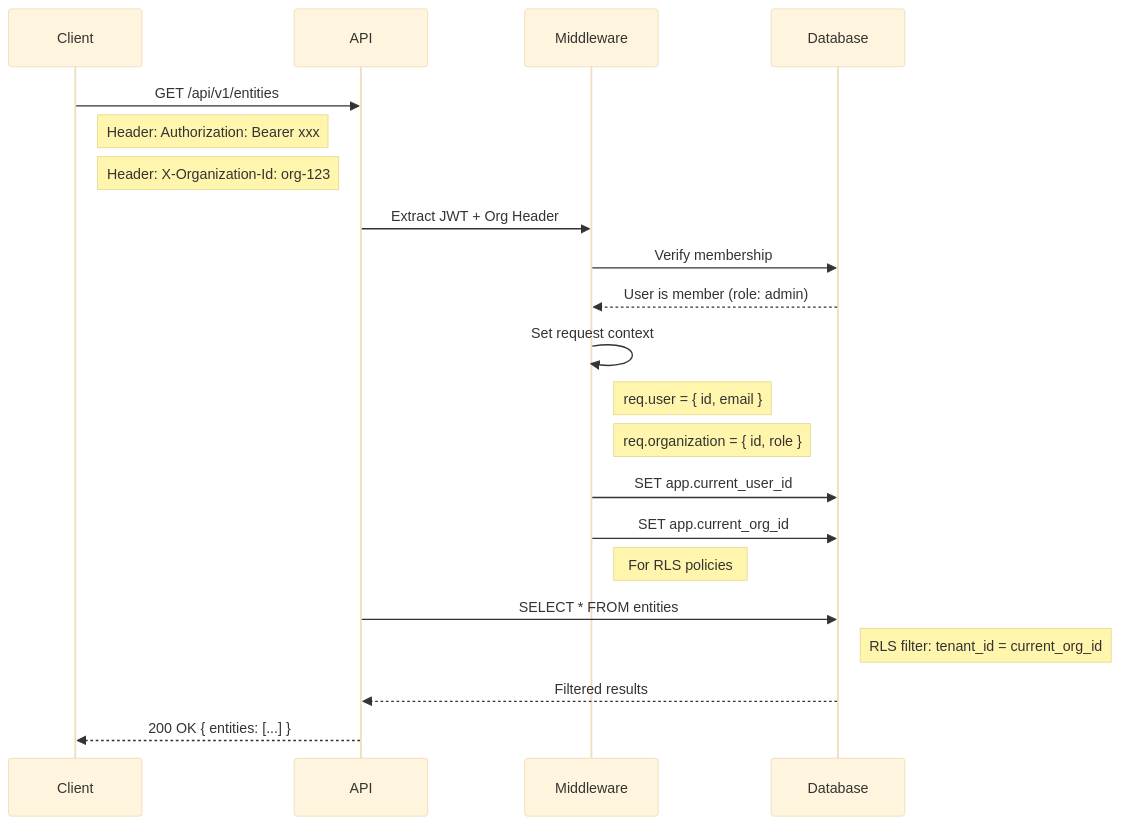
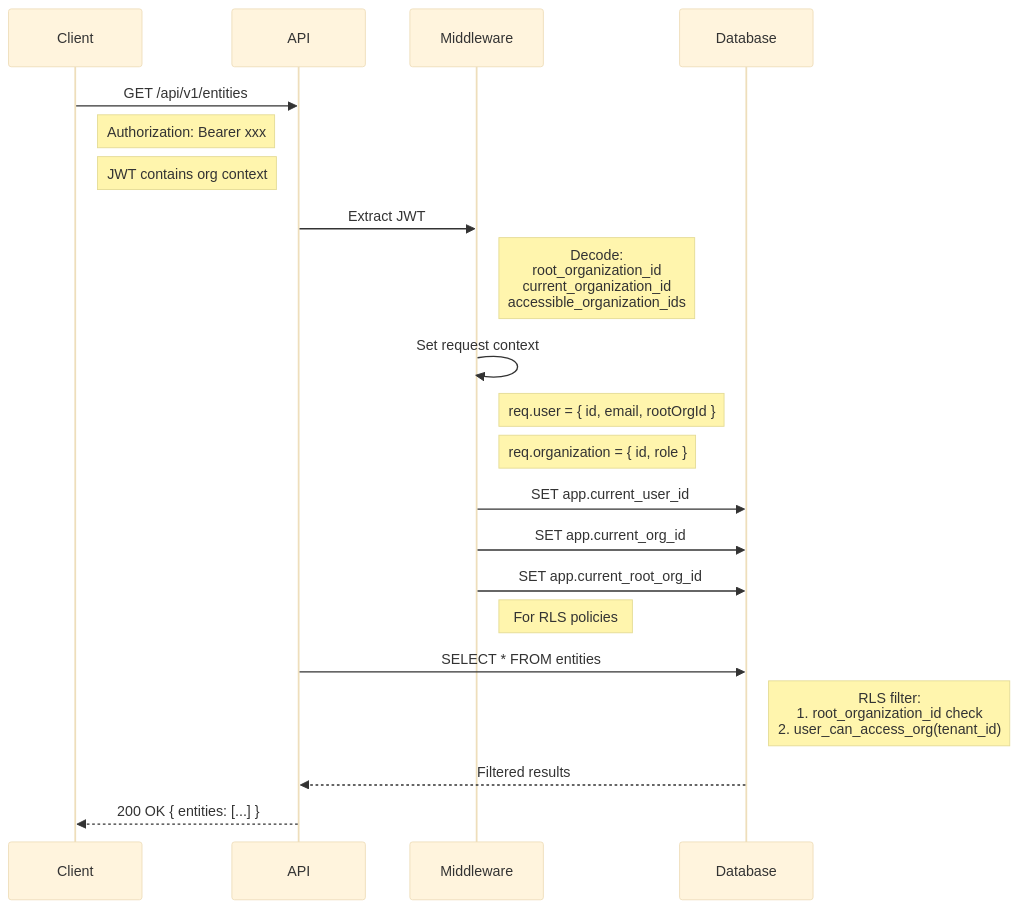
One commit to Dyad-Apps/argus-lite changed the tenth of 11 diagrams in docs/architecture/phase-1-auth-multi-org.md. Above: the diagram before and after it, drawn with Mermaid (base theme). The commit also changed other lines of this file and 29 other files, not shown here.

````diff
--- a/docs/architecture/phase-1-auth-multi-org.md
+++ b/docs/architecture/phase-1-auth-multi-org.md
@@ -364,29 +474,29 @@
 ```mermaid
 sequenceDiagram
     participant Client
     participant API
     participant Middleware
     participant Database
 
     Client->>API: GET /api/v1/entities
-    Note right of Client: Header: Authorization: Bearer xxx
-    Note right of Client: Header: X-Organization-Id: org-123
+    Note right of Client: Authorization: Bearer xxx
+    Note right of Client: JWT contains org context
 
-    API->>Middleware: Extract JWT + Org Header
-    Middleware->>Database: Verify membership
-    Database-->>Middleware: User is member (role: admin)
+    API->>Middleware: Extract JWT
+    Note right of Middleware: Decode:<br/>root_organization_id<br/>current_organization_id<br/>accessible_organization_ids
 
     Middleware->>Middleware: Set request context
-    Note right of Middleware: req.user = { id, email }
+    Note right of Middleware: req.user = { id, email, rootOrgId }
     Note right of Middleware: req.organization = { id, role }
 
     Middleware->>Database: SET app.current_user_id
     Middleware->>Database: SET app.current_org_id
+    Middleware->>Database: SET app.current_root_org_id
     Note right of Middleware: For RLS policies
 
     API->>Database: SELECT * FROM entities
-    Note right of Database: RLS filter: tenant_id = current_org_id
+    Note right of Database: RLS filter:<br/>1. root_organization_id check<br/>2. user_can_access_org(tenant_id)
 
     Database-->>API: Filtered results
     API-->>Client: 200 OK { entities: [...] }
 ```
````
